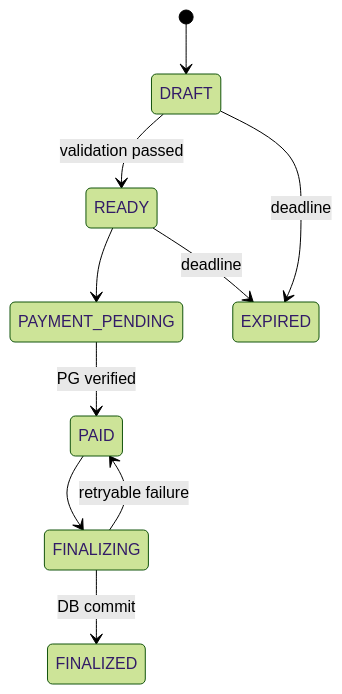
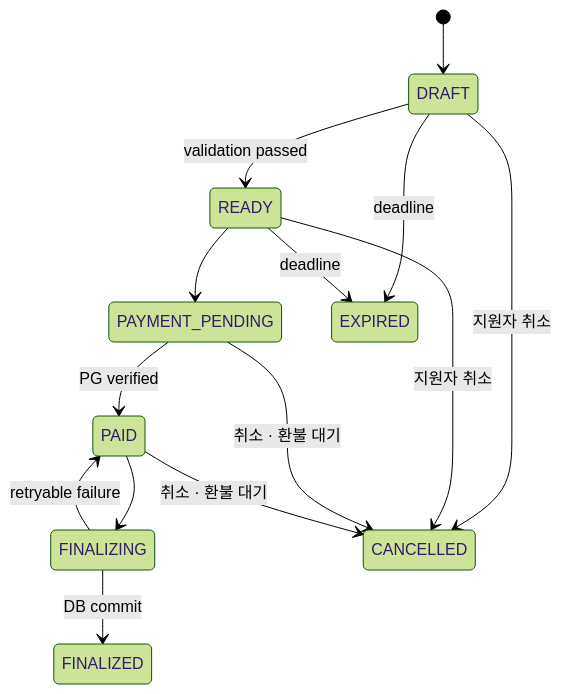
One commit to UntameDuck/Wonseoro changed the third of 3 diagrams in README.md. Above: the diagram before and after it, drawn with Mermaid (forest theme). The commit also changed other lines of this file and 7 other files, not shown here.

````diff
--- a/README.md
+++ b/README.md
@@ -136,12 +137,16 @@
 ```mermaid
 stateDiagram-v2
     [*] --> DRAFT
     DRAFT --> READY: validation passed
     READY --> PAYMENT_PENDING
     PAYMENT_PENDING --> PAID: PG verified
     PAID --> FINALIZING
     FINALIZING --> FINALIZED: DB commit
     FINALIZING --> PAID: retryable failure
     DRAFT --> EXPIRED: deadline
     READY --> EXPIRED: deadline
+    DRAFT --> CANCELLED: 지원자 취소
+    READY --> CANCELLED: 지원자 취소
+    PAYMENT_PENDING --> CANCELLED: 취소 · 환불 대기
+    PAID --> CANCELLED: 취소 · 환불 대기
 ```
````
